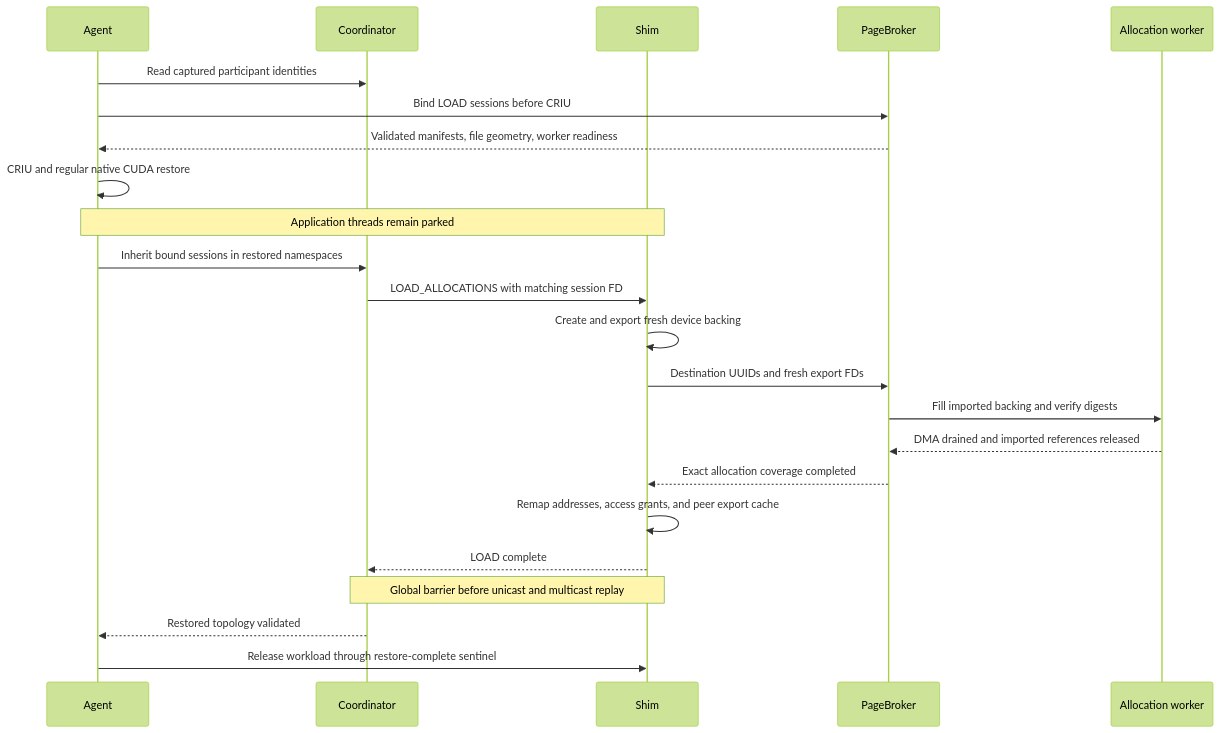
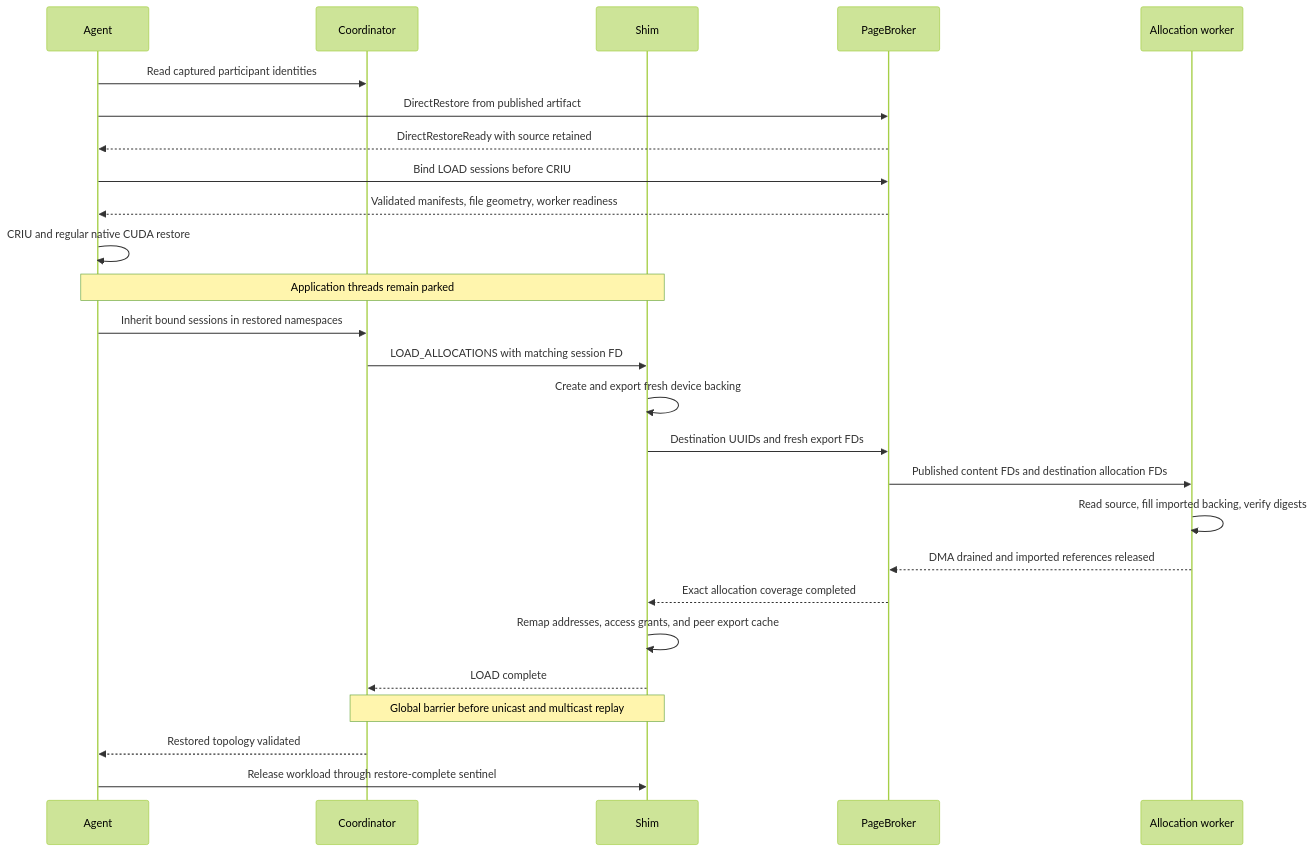
One commit to ai-dynamo/snapshot changed the fifth of 5 diagrams in docs/development/cuinterpose.md. Above: the diagram before and after it, drawn with Mermaid (forest theme). The commit also changed other lines of this file and 3 other files, not shown here.

Commit message:
feat(cuinterpose): load allocation contents directly from published artifacts

````diff
--- a/docs/development/cuinterpose.md
+++ b/docs/development/cuinterpose.md
@@ -303,25 +307,28 @@
 ```mermaid
 sequenceDiagram
     participant Agent
     participant Coordinator
     participant Shim
     participant Broker as PageBroker
     participant Worker as Allocation worker
     Agent->>Coordinator: Read captured participant identities
+    Agent->>Broker: DirectRestore from published artifact
+    Broker-->>Agent: DirectRestoreReady with source retained
     Agent->>Broker: Bind LOAD sessions before CRIU
     Broker-->>Agent: Validated manifests, file geometry, worker readiness
     Agent->>Agent: CRIU and regular native CUDA restore
     Note over Agent,Shim: Application threads remain parked
     Agent->>Coordinator: Inherit bound sessions in restored namespaces
     Coordinator->>Shim: LOAD_ALLOCATIONS with matching session FD
     Shim->>Shim: Create and export fresh device backing
     Shim->>Broker: Destination UUIDs and fresh export FDs
-    Broker->>Worker: Fill imported backing and verify digests
+    Broker->>Worker: Published content FDs and destination allocation FDs
+    Worker->>Worker: Read source, fill imported backing, verify digests
     Worker-->>Broker: DMA drained and imported references released
     Broker-->>Shim: Exact allocation coverage completed
     Shim->>Shim: Remap addresses, access grants, and peer export cache
     Shim-->>Coordinator: LOAD complete
     Note over Coordinator,Shim: Global barrier before unicast and multicast replay
     Coordinator-->>Agent: Restored topology validated
     Agent->>Shim: Release workload through restore-complete sentinel
 ```
````
